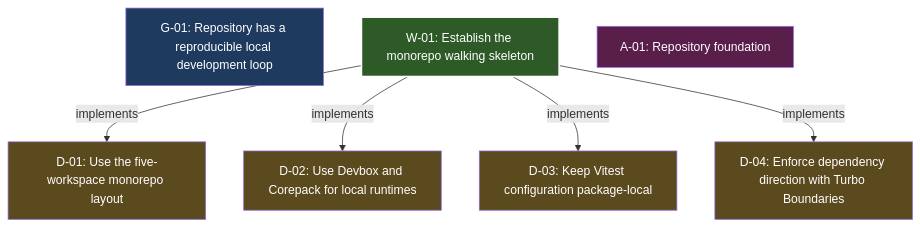
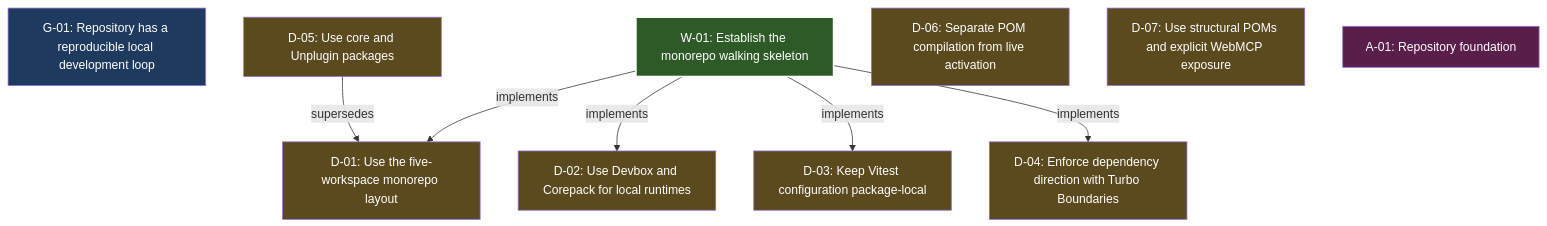
Before and after one commit to ayme-labs/ayme-webmcp: the diagram in .grove/index.md, drawn with Mermaid. The commit also changed other lines of this file and 10 other files, not shown here.

Commit message:
docs: record WebMCP architectural decisions

````diff
--- a/.grove/index.md
+++ b/.grove/index.md
@@ -43,28 +46,32 @@
 ```mermaid
 graph TD
   G_01["G-01: Repository has a reproducible local development loop"]:::goal
   W_01["W-01: Establish the monorepo walking skeleton"]:::done
   D_01["D-01: Use the five-workspace monorepo layout"]:::decision
   D_02["D-02: Use Devbox and Corepack for local runtimes"]:::decision
   D_03["D-03: Keep Vitest configuration package-local"]:::decision
   D_04["D-04: Enforce dependency direction with Turbo Boundaries"]:::decision
+  D_05["D-05: Use core and Unplugin packages"]:::decision
+  D_06["D-06: Separate POM compilation from live activation"]:::decision
+  D_07["D-07: Use structural POMs and explicit WebMCP exposure"]:::decision
   A_01["A-01: Repository foundation"]:::area
+  D_05 -->|supersedes| D_01
   W_01 -->|implements| D_01
   W_01 -->|implements| D_02
   W_01 -->|implements| D_03
   W_01 -->|implements| D_04
 classDef area fill:#5a1e4a,color:#fff
 classDef goal fill:#1e3a5f,color:#fff
 classDef theme fill:#2a4a3a,color:#fff
 classDef decision fill:#5a4a1e,color:#fff
 classDef question fill:#5a3a1e,color:#fff
 classDef assumption fill:#4a2d5a,color:#fff
 classDef spike fill:#3a3a5a,color:#fff
 classDef feature fill:#1e4a4a,color:#fff
 classDef ready fill:#2d5a27,color:#fff
 classDef progress fill:#3a4a6a,color:#fff,stroke:#fff,stroke-width:2px
 classDef done fill:#2d5a27,color:#fff,stroke:#fff,stroke-width:2px
 classDef rejected fill:#5a5a5a,color:#fff
 classDef discovery fill:#1f4e5f,color:#fff
 classDef critical stroke:#ff0,stroke-width:3px
 ```
````
